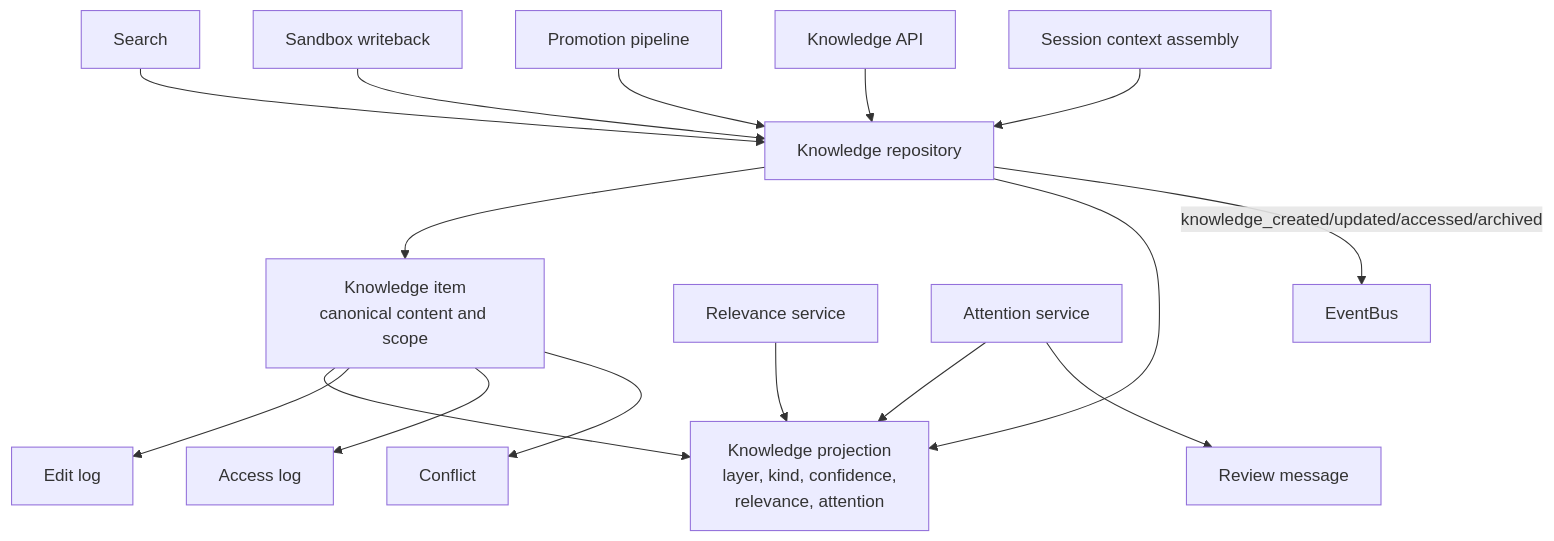
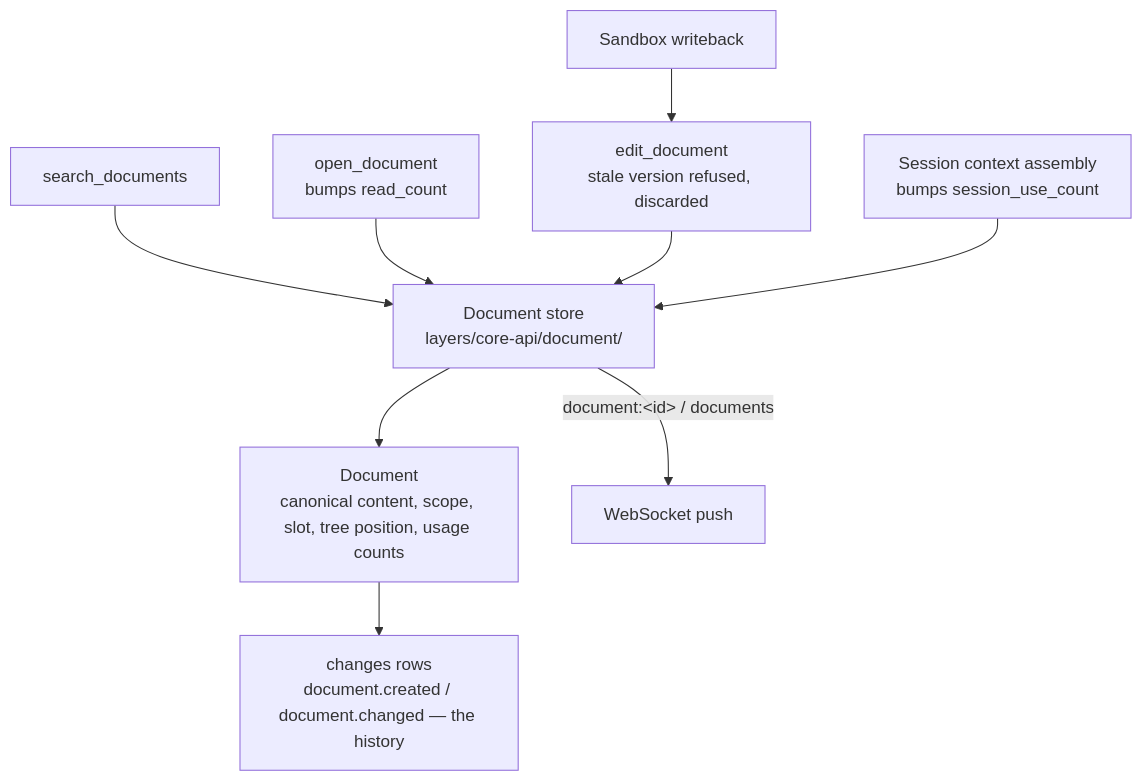
Before and after one commit to idle-builders/hyperidle: the sixth of 12 diagrams in docs/architecture/as-implemented-domain-architecture.md, drawn with Mermaid. The commit also changed other lines of this file and 702 other files, not shown here.

First line of the commit message:
Document module: search, open, edit through one declaration (#556)

````diff
--- a/docs/architecture/as-implemented-domain-architecture.md
+++ b/docs/architecture/as-implemented-domain-architecture.md
@@ -183,26 +181,16 @@
 ```mermaid
 flowchart TB
-  KnowledgeItem["Knowledge item\ncanonical content and scope"]
-  KnowledgeProjection["Knowledge projection\nlayer, kind, confidence,\nrelevance, attention"]
-  EditLog["Edit log"]
-  AccessLog["Access log"]
-  Conflict["Conflict"]
+  Document["Document\ncanonical content, scope, slot, tree position, usage counts"]
+  Changes["changes rows\ndocument.created / document.changed — the history"]
 
-  KnowledgeItem --> KnowledgeProjection
-  KnowledgeItem --> EditLog
-  KnowledgeItem --> AccessLog
-  KnowledgeItem --> Conflict
+  Document --> Changes
 
-  Repository["Knowledge repository"] --> KnowledgeItem
-  Repository --> KnowledgeProjection
-  Search["Search"] --> Repository
-  Relevance["Relevance service"] --> KnowledgeProjection
-  Attention["Attention service"] --> KnowledgeProjection
-  Attention --> ReviewItem["Review message"]
-  Writeback["Sandbox writeback"] --> Repository
-  Promotion["Promotion pipeline"] --> Repository
+  Store["Document store\nlayers/core-api/document/"] --> Document
+  Search["search_documents"] --> Store
+  Open["open_document\nbumps read_count"] --> Store
+  Edit["edit_document\nstale version refused, discarded"] --> Store
+  Writeback["Sandbox writeback"] --> Edit
+  SessionContext["Session context assembly\nbumps session_use_count"] --> Store
 
-  KnowledgeAPI["Knowledge API"] --> Repository
-  SessionContext["Session context assembly"] --> Repository
-  Repository -- "knowledge_created/updated/accessed/archived" --> Events["EventBus"]
+  Store -- "document:&lt;id&gt; / documents" --> WsPush["WebSocket push"]
 ```
````
